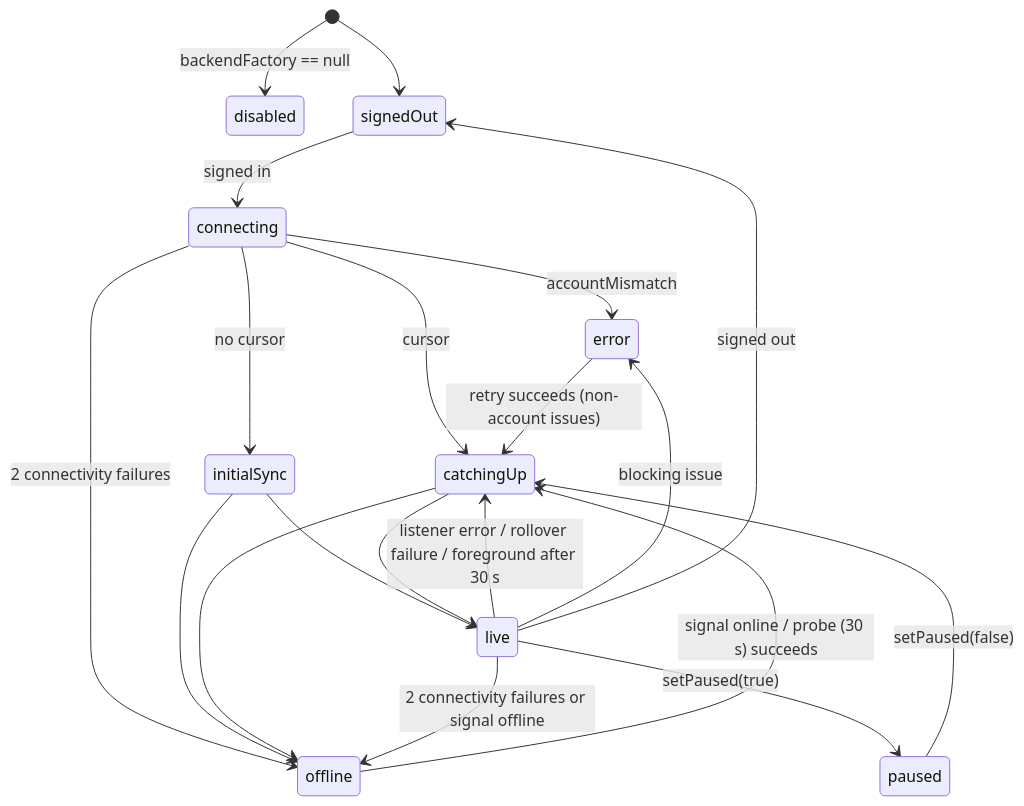
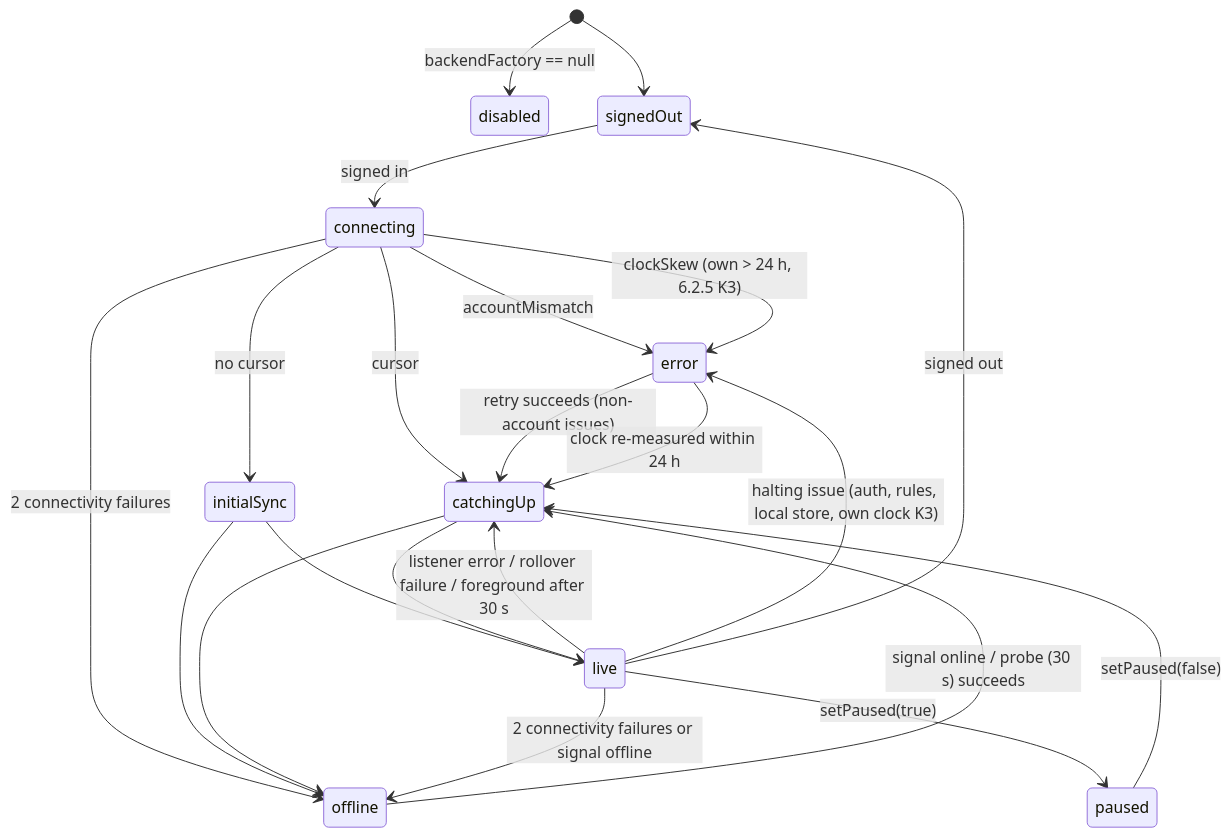
Before and after one commit to youngduckcrab/noteapp: the second of 2 diagrams in docs/plans/07-sync.md, drawn with Mermaid. The commit also changed other lines of this file and 8 other files, not shown here.

````diff
--- a/docs/plans/07-sync.md
+++ b/docs/plans/07-sync.md
@@ -1947,22 +2440,24 @@
 ```mermaid
 stateDiagram-v2
   [*] --> disabled: backendFactory == null
   [*] --> signedOut
   signedOut --> connecting: signed in
   connecting --> error: accountMismatch
+  connecting --> error: clockSkew (own > 24 h, 6.2.5 K3)
   connecting --> initialSync: no cursor
   connecting --> catchingUp: cursor
   initialSync --> live
   catchingUp --> live
   live --> catchingUp: listener error / rollover failure / foreground after 30 s
   connecting --> offline: 2 connectivity failures
   initialSync --> offline
   catchingUp --> offline
   live --> offline: 2 connectivity failures or signal offline
   offline --> catchingUp: signal online / probe (30 s) succeeds
-  live --> error: blocking issue
+  live --> error: halting issue (auth, rules, local store, own clock K3)
   error --> catchingUp: retry succeeds (non-account issues)
+  error --> catchingUp: clock re-measured within 24 h
   live --> paused: setPaused(true)
   paused --> catchingUp: setPaused(false)
   live --> signedOut: signed out
 ```
````
